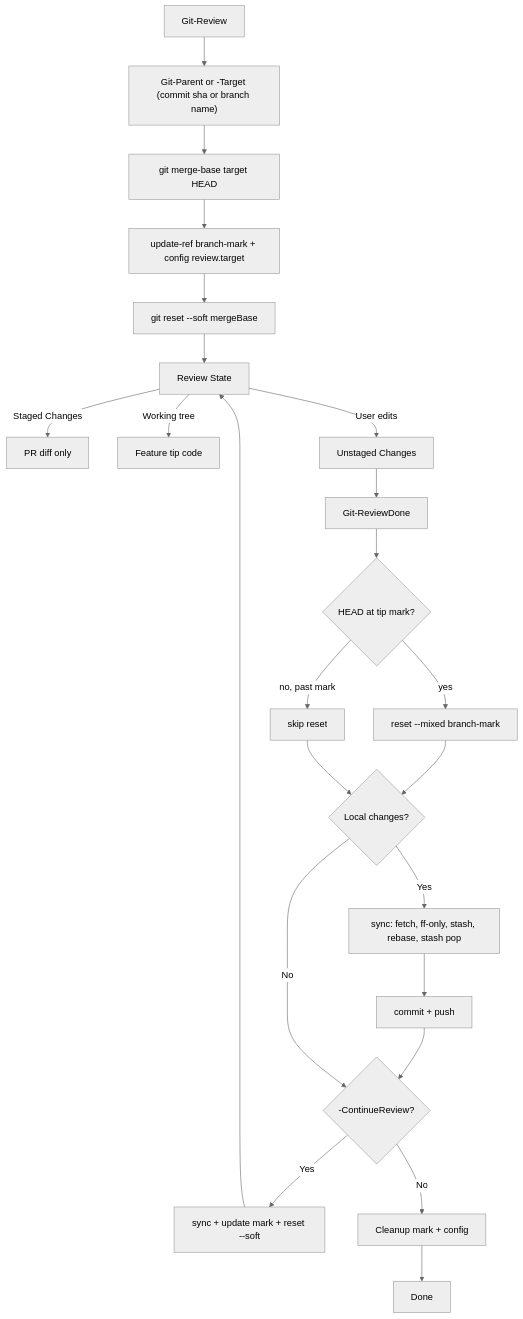
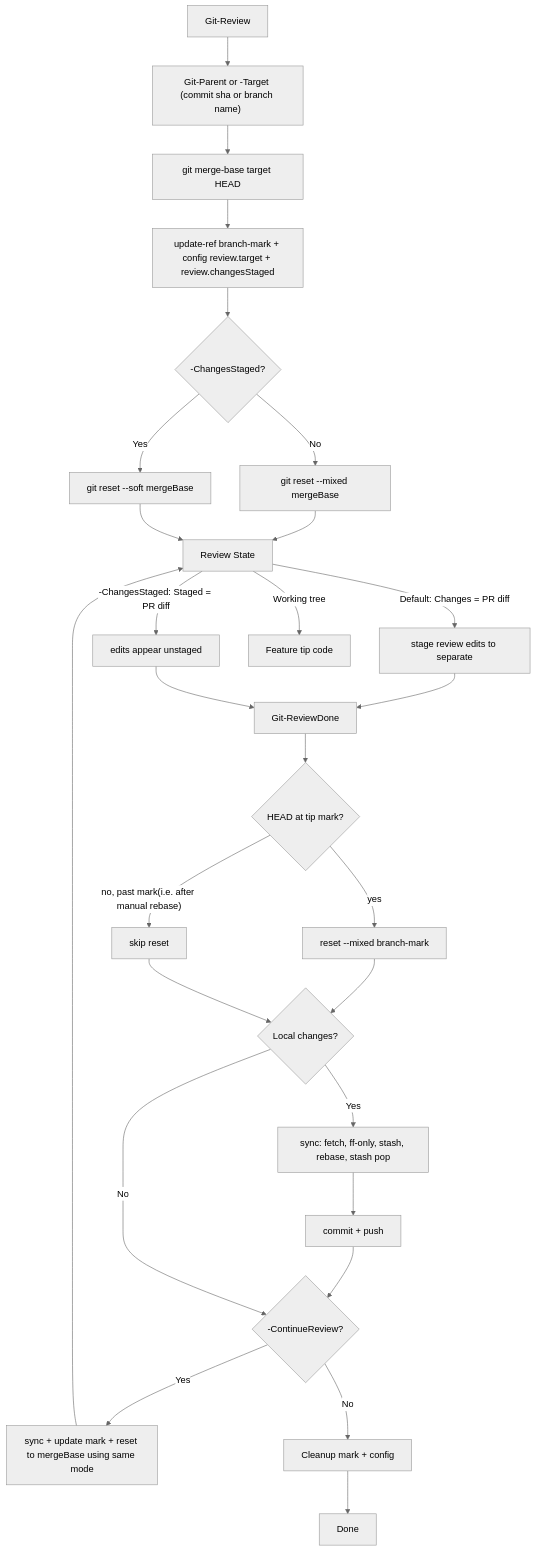
The diagram in Module/Metaseed.Git/ReviewCommits/Git-Review.md (metaseed/pwsh), drawn with Mermaid (neutral theme) before and after one commit. The commit also changed other lines of this file and 4 other files, not shown here.

````diff
--- a/Module/Metaseed.Git/ReviewCommits/Git-Review.md
+++ b/Module/Metaseed.Git/ReviewCommits/Git-Review.md
@@ -109,25 +145,29 @@
 ```mermaid
 flowchart TD
     A[Git-Review] --> B["Git-Parent or -Target (commit sha or branch name)"]
     B --> C["git merge-base target HEAD"]
-    C --> D["update-ref branch-mark + config review.target"]
-    D --> E["git reset --soft mergeBase"]
-    E --> F["Review State"]
-    F --> |"Staged Changes"| G["PR diff only"]
+    C --> D["update-ref branch-mark + config review.target + review.changesStaged"]
+    D --> Mode{"-ChangesStaged?"}
+    Mode --> |No| E1["git reset --mixed mergeBase"]
+    Mode --> |Yes| E2["git reset --soft mergeBase"]
+    E1 --> F["Review State"]
+    E2 --> F
+    F --> |"Default: Changes = PR diff"| F1["stage review edits to separate"]
+    F --> |"-ChangesStaged: Staged = PR diff"| F2["edits appear unstaged"]
     F --> |"Working tree"| H["Feature tip code"]
-    F --> |"User edits"| I["Unstaged Changes"]
-    I --> J[Git-ReviewDone]
+    F1 --> J[Git-ReviewDone]
+    F2 --> J
     J --> K{"HEAD at tip mark?"}
     K --> |yes| K2["reset --mixed branch-mark"]
-    K --> |no, past mark| K3[skip reset]
+    K --> |"no, past mark(i.e. after manual rebase)"| K3[skip reset]
     K2 --> L{"Local changes?"}
     K3 --> L
     L --> |Yes| M["sync: fetch, ff-only, stash, rebase, stash pop"]
     M --> M2["commit + push"]
     M2 --> O{"-ContinueReview?"}
     L --> |No| O
-    O --> |Yes| P["sync + update mark + reset --soft"]
+    O --> |Yes| P["sync + update mark + reset to mergeBase using same mode"]
     O --> |No| N["Cleanup mark + config"]
     N --> Q["Done"]
     P --> F
 ```
````
